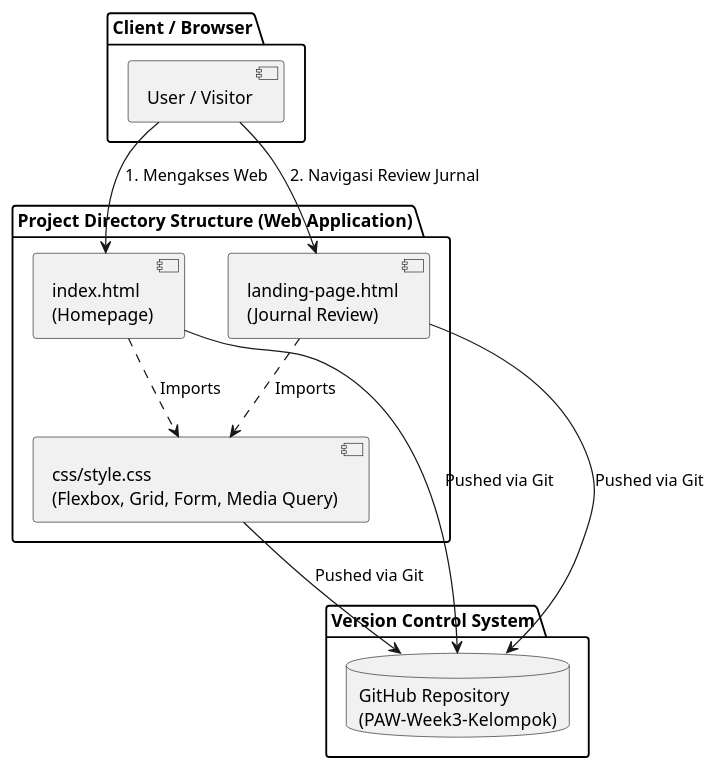
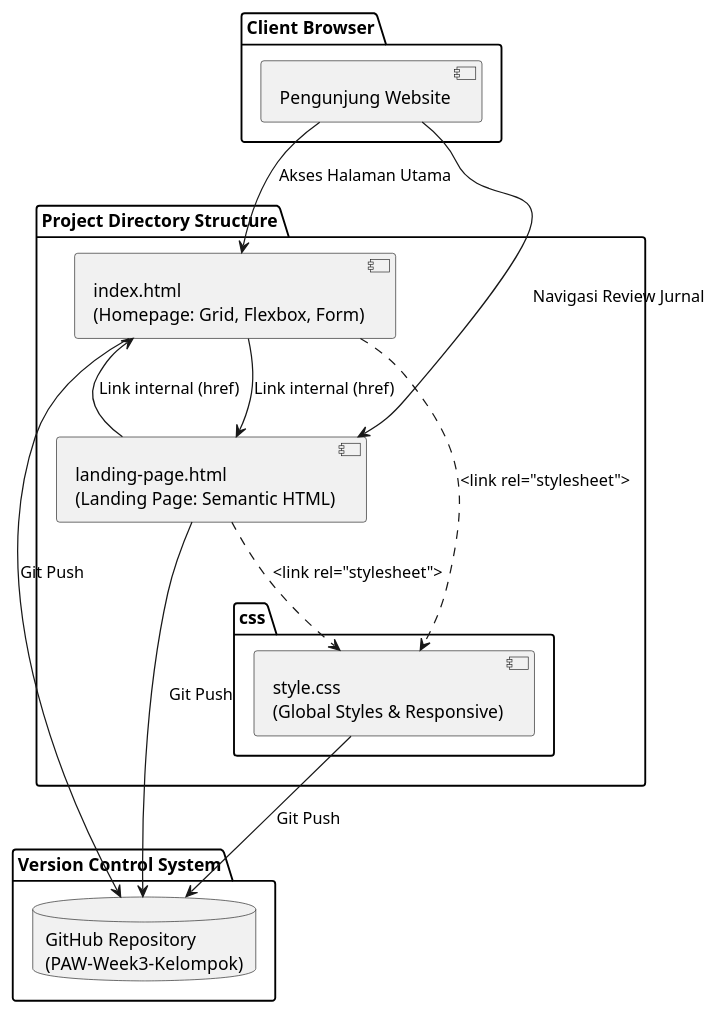
Before and after one commit to Randirozikin140/PAW-Week2-Kelompok1-KelasC: the diagram in Arsitektur Diagram.puml, drawn with PlantUML. The commit also changed 4 other files, not shown here.

Commit message:
Refactor diagrams and update entity attributes for clarity and consistency

```diff
--- a/Arsitektur Diagram.puml
+++ b/Arsitektur Diagram.puml
@@ -1,23 +1,30 @@
 @startuml
-package "Client / Browser" {
-    [User / Visitor] as User
+package "Client Browser" {
+    [Pengunjung Website] as User
 }
 
-package "Project Directory Structure (Web Application)" {
-    component "index.html\n(Homepage)" as Homepage
-    component "landing-page.html\n(Journal Review)" as LandingPage
-    component "css/style.css\n(Flexbox, Grid, Form, Media Query)" as Style
+package "Project Directory Structure" {
+    component "index.html\n(Homepage: Grid, Flexbox, Form)" as Homepage
+    component "landing-page.html\n(Landing Page: Semantic HTML)" as LandingPage
+    
+    folder "css" {
+        component "style.css\n(Global Styles & Responsive)" as CSS
+    }
 }
 
 package "Version Control System" {
     database "GitHub Repository\n(PAW-Week3-Kelompok)" as GitHub
 }
 
-User --> Homepage : 1. Mengakses Web
-User --> LandingPage : 2. Navigasi Review Jurnal
-Homepage ..> Style : Imports
-LandingPage ..> Style : Imports
-Homepage --> GitHub : Pushed via Git
-LandingPage --> GitHub : Pushed via Git
-Style --> GitHub : Pushed via Git
+User --> Homepage : Akses Halaman Utama
+User --> LandingPage : Navigasi Review Jurnal
+Homepage --> LandingPage : Link internal (href)
+LandingPage --> Homepage : Link internal (href)
+
+Homepage ..> CSS : <link rel="stylesheet">
+LandingPage ..> CSS : <link rel="stylesheet">
+
+Homepage --> GitHub : Git Push
+LandingPage --> GitHub : Git Push
+CSS --> GitHub : Git Push
 @enduml
```
